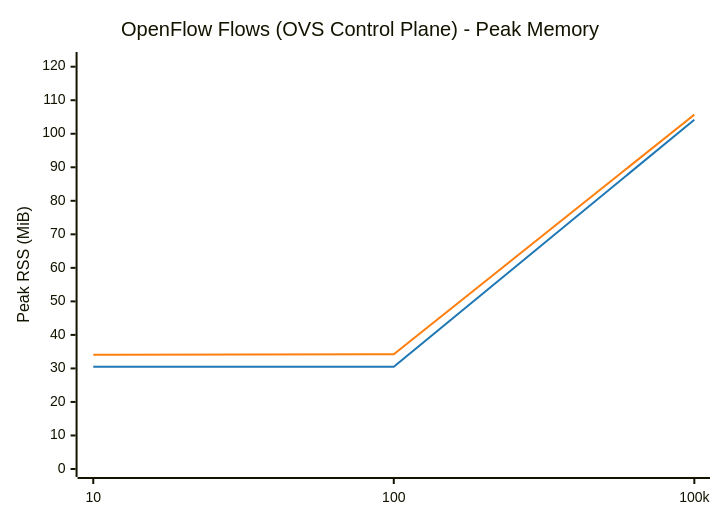
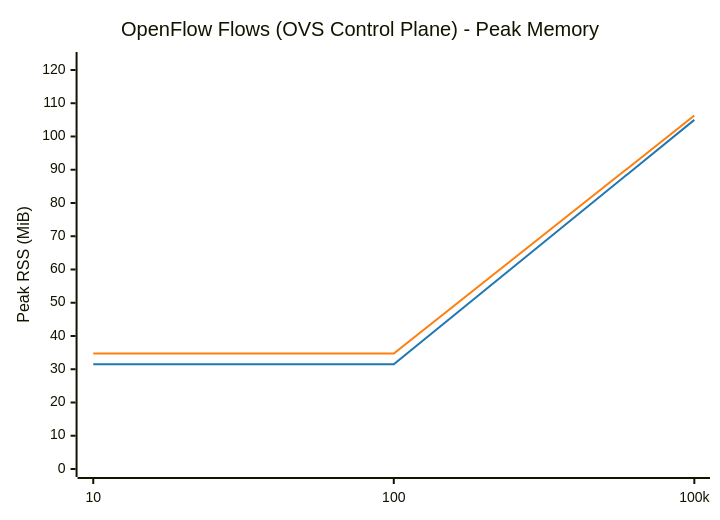
The eighth of 8 diagrams in results/BENCHMARK_REPORT.md (LionelJouin/ovs-ovn-bench), drawn with Mermaid before and after one commit. The commit also changed other lines of this file and 2 other files, not shown here.

First line of the commit message:
Standardize RssAnon heap accounting, filter sub-ms noise, and add L3 topology

````diff
--- a/results/BENCHMARK_REPORT.md
+++ b/results/BENCHMARK_REPORT.md
@@ -159,14 +305,14 @@
 ```mermaid
 ---
 config:
     themeVariables:
         xyChart:
             plotColorPalette: "#1f77b4, #ff7f0e"
 ---
 xychart-beta
     title "OpenFlow Flows (OVS Control Plane) - Peak Memory"
     x-axis ["10", "100", "100k"]
-    y-axis "Peak RSS (MiB)" 0 --> 122
-    line "glibc malloc" [30.5, 30.5, 104.2]
-    line "jemalloc" [34.1, 34.2, 105.7]
+    y-axis "Peak RSS (MiB)" 0 --> 123
+    line "glibc malloc" [31.5, 31.5, 105.0]
+    line "jemalloc" [34.7, 34.7, 106.3]
 ```
````
